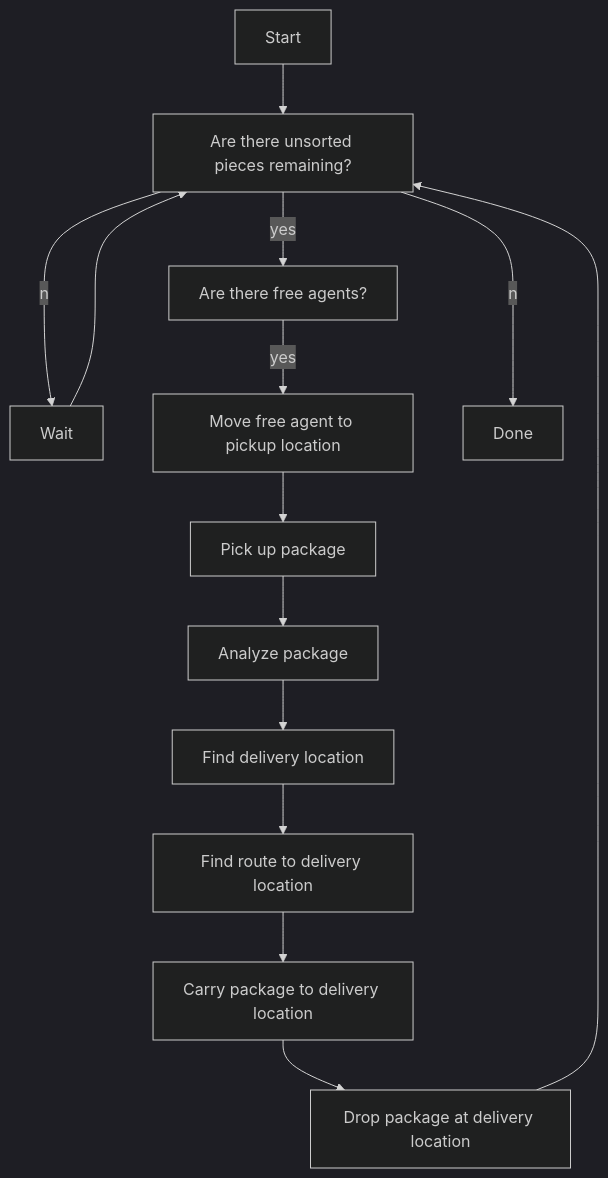
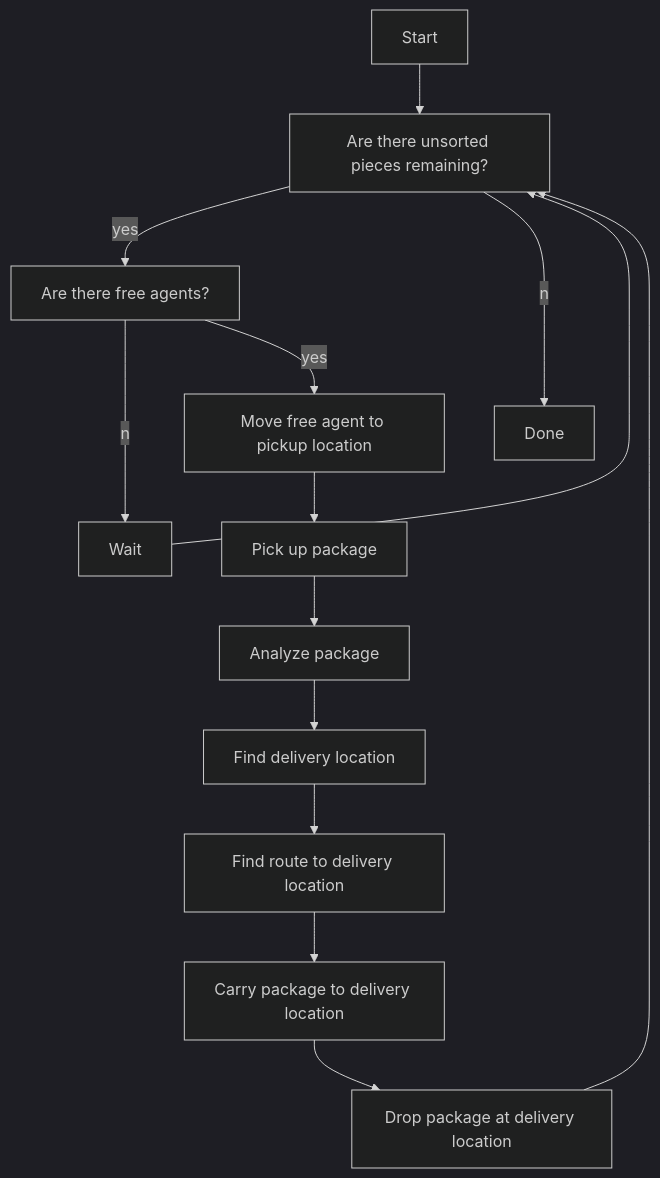
The second of 2 diagrams in README.md (samsmithnz/PuzzleSorter), drawn with Mermaid (dark theme) before and after one commit.

````diff
--- a/README.md
+++ b/README.md
@@ -32,15 +32,15 @@
 ```mermaid
 flowchart TD
     id0[Start] --> id1[Are there unsorted pieces remaining?]
     id1 --yes--> id2[Are there free agents?]
-    id1 --no--> idWait[Wait] --> id1
+    id2 --no--> idWait[Wait] --> id1
     id2 --yes--> id3[Move free agent to pickup location]
     id3 --> id4[Pick up package]
     id4 --> id5[Analyze package]
     id5 --> id6[Find delivery location]
     id6 --> id7[Find route to delivery location]
     id7 --> id8[Carry package to delivery location]
     id8 --> id9[Drop package at delivery location]
     id9 --> id1
     id1 --no--> idEnd[Done]
 ```
````
